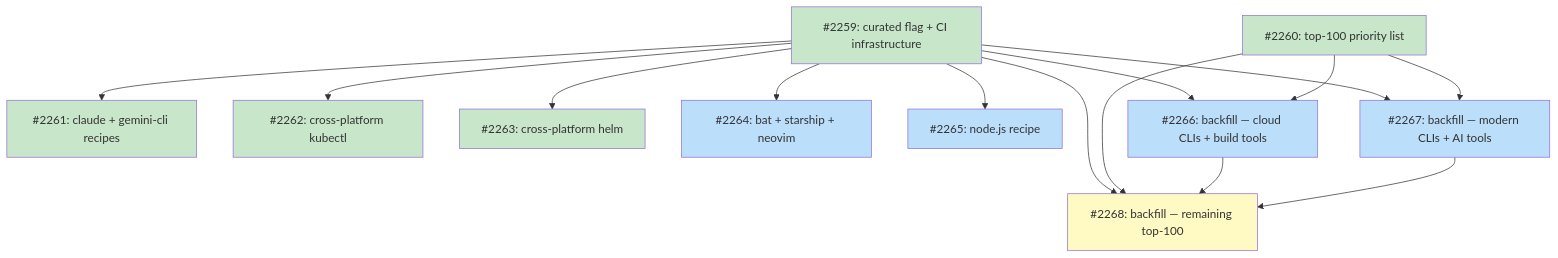
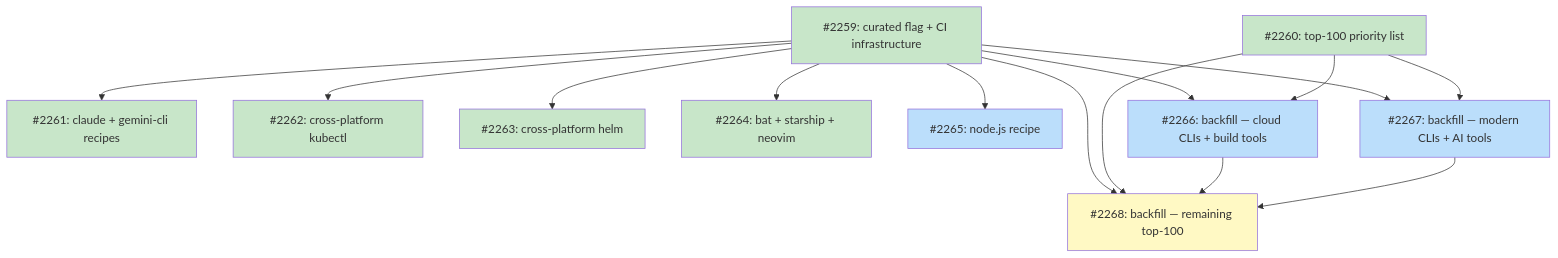
Before and after one commit to tsukumogami/tsuku: the diagram in docs/designs/DESIGN-curated-recipes.md, drawn with Mermaid. The commit also changed other lines of this file and 4 other files, not shown here.

````diff
--- a/docs/designs/DESIGN-curated-recipes.md
+++ b/docs/designs/DESIGN-curated-recipes.md
@@ -649,35 +649,35 @@
 ```mermaid
 graph TD
     I2259["#2259: curated flag + CI infrastructure"]
     I2260["#2260: top-100 priority list"]
     I2261["#2261: claude + gemini-cli recipes"]
     I2262["#2262: cross-platform kubectl"]
     I2263["#2263: cross-platform helm"]
     I2264["#2264: bat + starship + neovim"]
     I2265["#2265: node.js recipe"]
     I2266["#2266: backfill — cloud CLIs + build tools"]
     I2267["#2267: backfill — modern CLIs + AI tools"]
     I2268["#2268: backfill — remaining top-100"]
 
     I2259 --> I2261
     I2259 --> I2262
     I2259 --> I2263
     I2259 --> I2264
     I2259 --> I2265
     I2259 --> I2266
     I2259 --> I2267
     I2259 --> I2268
     I2260 --> I2266
     I2260 --> I2267
     I2260 --> I2268
     I2266 --> I2268
     I2267 --> I2268
 
     classDef done fill:#c8e6c9
     classDef ready fill:#bbdefb
     classDef blocked fill:#fff9c4
 
-    class I2259,I2260,I2261,I2262,I2263 done
-    class I2264,I2265,I2266,I2267 ready
+    class I2259,I2260,I2261,I2262,I2263,I2264 done
+    class I2265,I2266,I2267 ready
     class I2268 blocked
 ```
````
